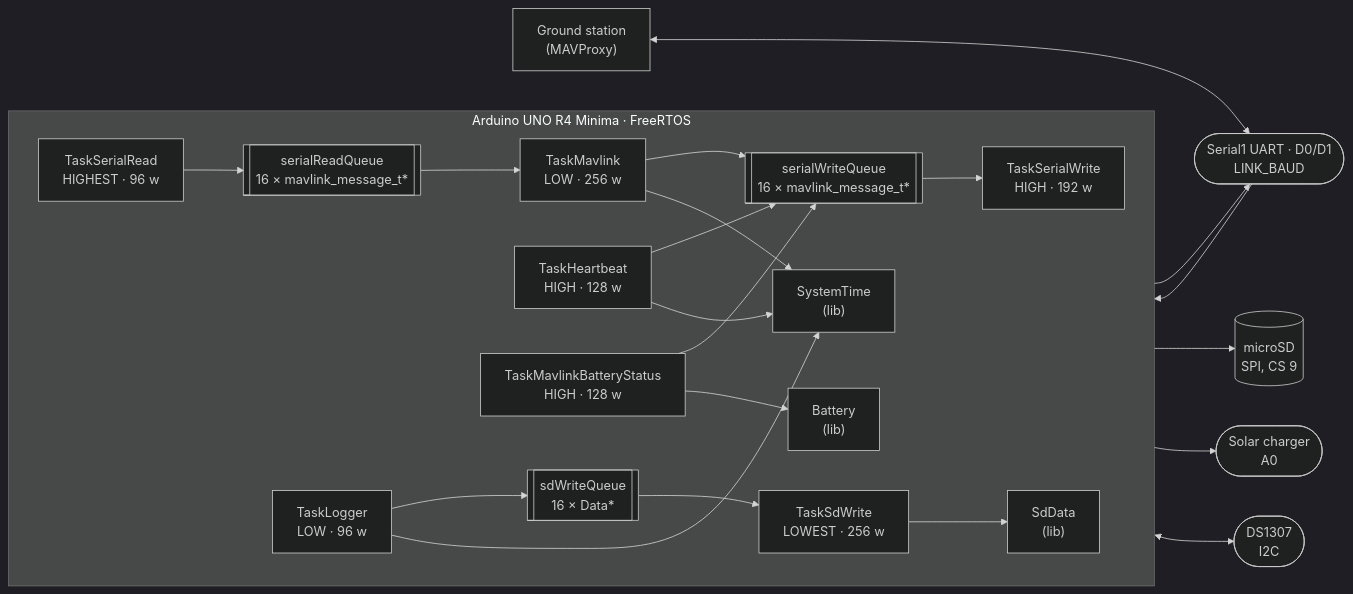
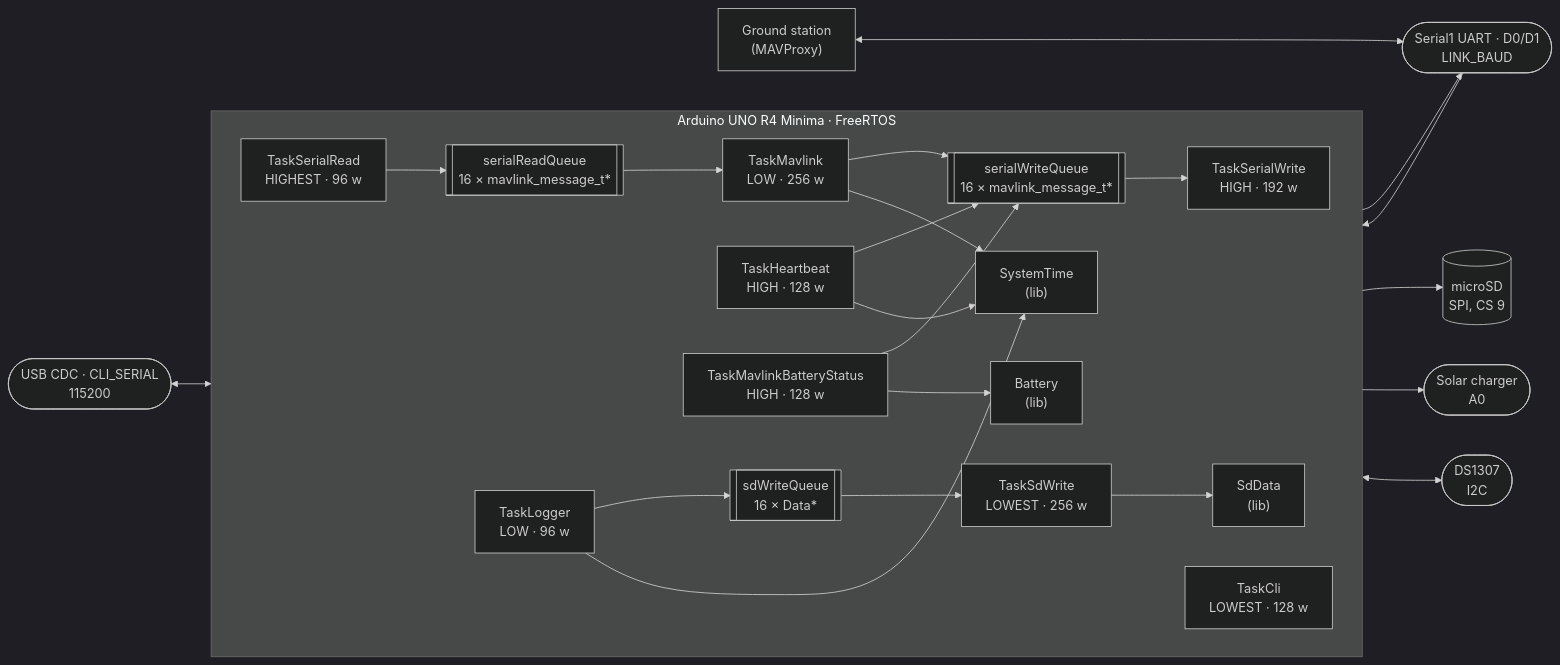
Before and after one commit to hectorespert/BoredomOS: the diagram in ARCHITECTURE.md, drawn with Mermaid (dark theme). The commit also changed other lines of this file and 11 other files, not shown here.

First line of the commit message:
Implement the console CLI: ps, ps <name>, free, help/?

````diff
--- a/ARCHITECTURE.md
+++ b/ARCHITECTURE.md
@@ -31,48 +31,52 @@
 ```mermaid
 flowchart LR
     GCS["Ground station<br/>(MAVProxy)"]
 
     subgraph board["Arduino UNO R4 Minima · FreeRTOS"]
         direction LR
 
         SR["TaskSerialRead<br/>HIGHEST · 96 w"]
         SW["TaskSerialWrite<br/>HIGH · 192 w"]
         MV["TaskMavlink<br/>LOW · 256 w"]
         HB["TaskHeartbeat<br/>HIGH · 128 w"]
         BS["TaskMavlinkBatteryStatus<br/>HIGH · 128 w"]
         LG["TaskLogger<br/>LOW · 96 w"]
         SDW["TaskSdWrite<br/>LOWEST · 256 w"]
+        CLI["TaskCli<br/>LOWEST · 128 w"]
 
         RQ[["serialReadQueue<br/>16 × mavlink_message_t*"]]
         WQ[["serialWriteQueue<br/>16 × mavlink_message_t*"]]
         DQ[["sdWriteQueue<br/>16 × Data*"]]
 
         BAT["Battery<br/>(lib)"]
         ST["SystemTime<br/>(lib)"]
         SDD["SdData<br/>(lib)"]
     end
 
     LINK(["Serial1 UART · D0/D1<br/>LINK_BAUD"])
     CARD[("microSD<br/>SPI, CS 9")]
     ADC(["Solar charger<br/>A0"])
     RTC(["DS1307<br/>I2C"])
+    CONSOLE(["USB CDC · CLI_SERIAL<br/>115200"])
 
     GCS <--> LINK
     LINK --> SR
     SW --> LINK
+
+    CONSOLE <--> CLI
 
     SR --> RQ --> MV
     MV --> WQ
     HB --> WQ
     BS --> WQ
     WQ --> SW
 
     LG --> DQ --> SDW
     SDW --> SDD --> CARD
 
     BS --> BAT --> ADC
     MV --> ST
     HB --> ST
     LG --> ST
     ST <--> RTC
 ```
````
